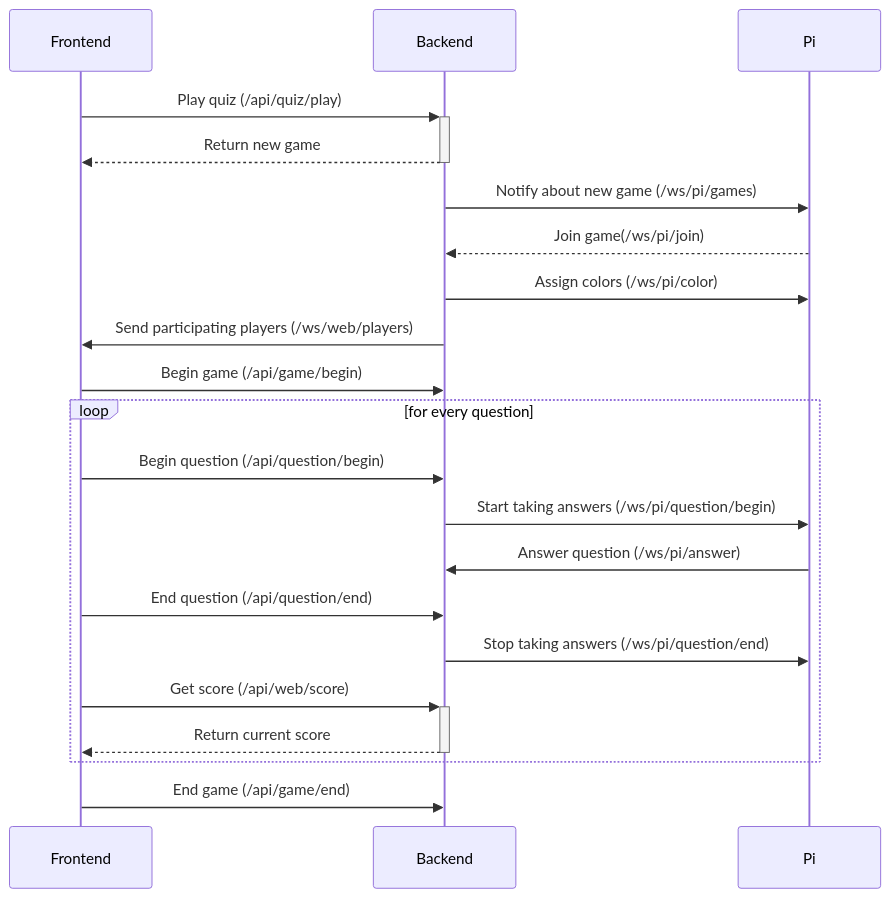
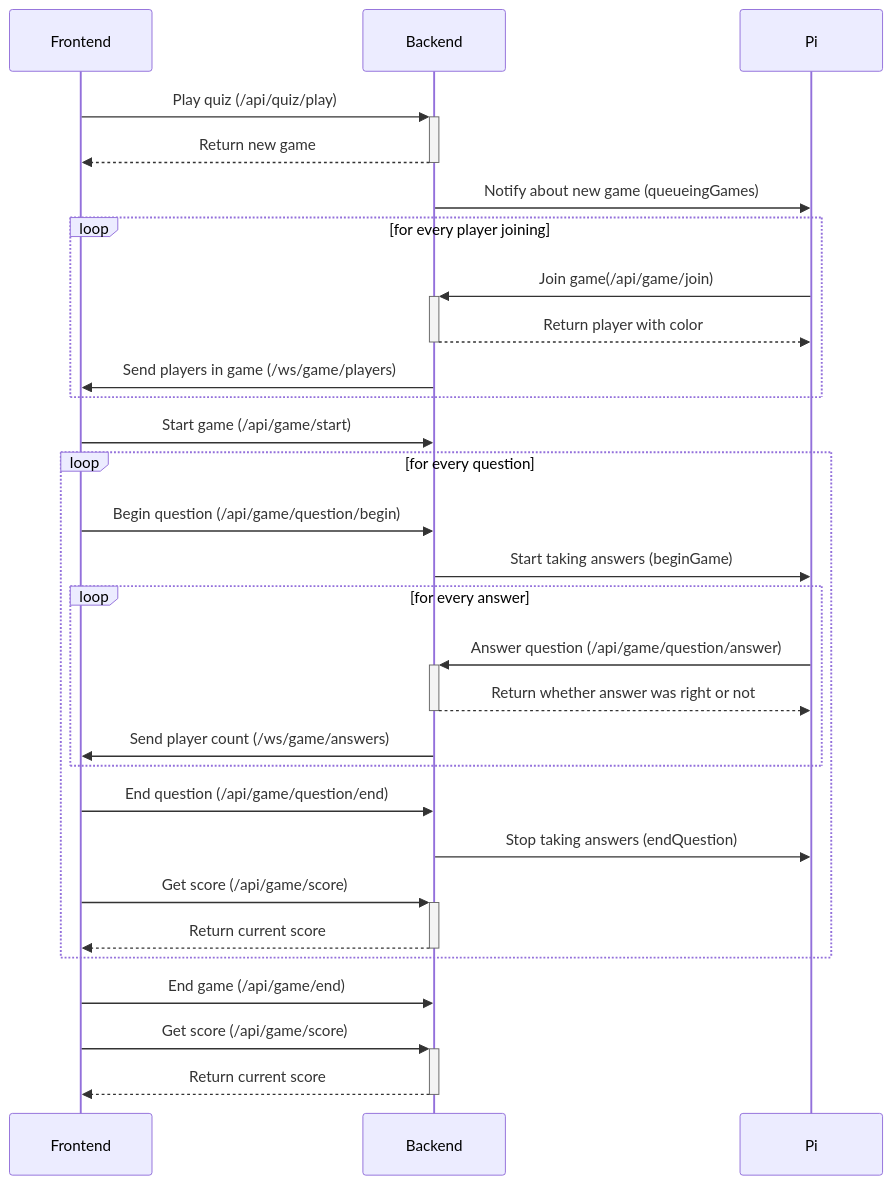
One commit to joelbieli/pihoot changed the diagram in docs/api_design.md. Above: the diagram before and after it, drawn with Mermaid. The commit also changed other lines of this file, not shown here.

First line of the commit message:
Update api design

````diff
--- a/docs/api_design.md
+++ b/docs/api_design.md
@@ -350,24 +340,32 @@
 ```mermaid
     sequenceDiagram
         participant F as Frontend
         participant B as Backend
         participant P as Pi
         
         F ->>+ B: Play quiz (/api/quiz/play)
         B -->>- F: Return new game
-        B ->> P: Notify about new game (/ws/pi/games)
-        P -->> B: Join game(/ws/pi/join)
-        B ->> P: Assign colors (/ws/pi/color)
-        B ->> F: Send participating players (/ws/web/players)
-        F ->> B: Begin game (/api/game/begin)
+        B ->> P: Notify about new game (queueingGames)
+        loop for every player joining
+            P ->>+ B: Join game(/api/game/join)
+            B -->>- P: Return player with color
+            B ->> F: Send players in game (/ws/game/players)
+        end
+        F ->> B: Start game (/api/game/start)
         loop for every question
-            F ->> B: Begin question (/api/question/begin)
-            B ->> P: Start taking answers (/ws/pi/question/begin)
-            P ->> B: Answer question (/ws/pi/answer)
-            F ->> B: End question (/api/question/end)
-            B ->> P: Stop taking answers (/ws/pi/question/end)
-            F ->>+ B: Get score (/api/web/score)
+            F ->> B: Begin question (/api/game/question/begin)
+            B ->> P: Start taking answers (beginGame)
+            loop for every answer
+                P ->>+ B: Answer question (/api/game/question/answer)
+                B -->>- P: Return whether answer was right or not
+                B ->> F: Send player count (/ws/game/answers)
+            end
+            F ->> B: End question (/api/game/question/end)
+            B ->> P: Stop taking answers (endQuestion)
+            F ->>+ B: Get score (/api/game/score)
             B -->>- F: Return current score
         end
         F ->> B: End game (/api/game/end)
+            F ->>+ B: Get score (/api/game/score)
+            B -->>- F: Return current score
 ```
````
